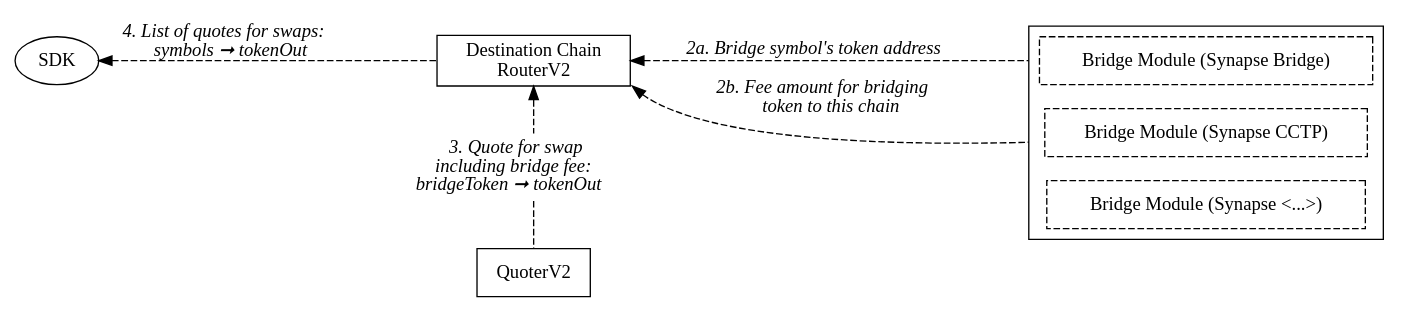
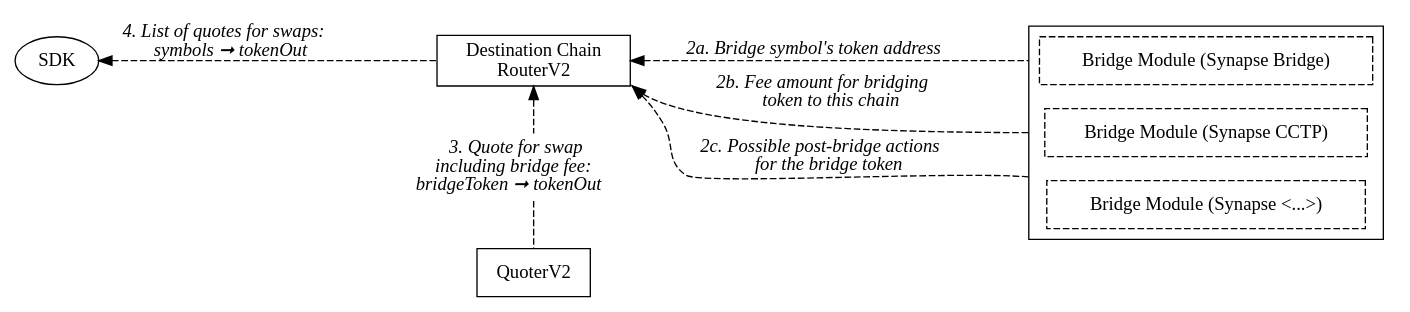
Before and after one commit to synapsecns/synapse-contracts: the diagram in contracts/router/docs/quote3_data.dot, drawn with Graphviz. The commit also changed 8 other files, not shown here.

Commit message:
Add notes about post-bridge actions

```diff
--- a/contracts/router/docs/quote3_data.dot
+++ b/contracts/router/docs/quote3_data.dot
@@ -1,27 +1,28 @@
 digraph {
     compound = true;
     
     sdk [label = "SDK";];
     router [label = "Destination Chain\nRouterV2";shape = rect;];
     swapQuoteInclFee [label = <<I>3. Quote for swap<br></br>including bridge fee:<br></br>bridgeToken &#10142; tokenOut</I>>;shape = none;];
     quoter [label = "QuoterV2";shape = rect;];
     
     rankdir = "LR";
     sdk -> router [label = <<I>4. List of quotes for swaps:<br></br>symbols &#10142; tokenOut</I>>; style = dashed; dir = back;];
     
     subgraph cluster1 {
         node [shape = rect; style = dashed;];
         module1 [label = "Bridge Module (Synapse Bridge)";];
         module2 [label = "Bridge Module (Synapse CCTP)";];
         module3 [label = "Bridge Module (Synapse <...>)";];
     }
     
     subgraph {
         rank = same;
         router -> swapQuoteInclFee [style = dashed; dir = back;];
         swapQuoteInclFee -> quoter [style = dashed; dir = none;];
     }
     
     router -> module1 [label = <<I>2a. Bridge symbol's token address</I>>; lhead = cluster1; style = dashed; dir = back; weight = 10;];
-    router:se -> module2 [label = <<I>2b. Fee amount for bridging<br></br>token to this chain</I>>; lhead = cluster1; style = dashed; dir = back;];
+    router:se -> module2:w [label = <<I>2b. Fee amount for bridging<br></br>token to this chain</I>>; lhead = cluster1; style = dashed; dir = back;];
+    router:se -> module3:nw [label = <<I>2c. Possible post-bridge actions<br></br>for the bridge token</I>>; lhead = cluster1; style = dashed; dir = back;];
 }
```
